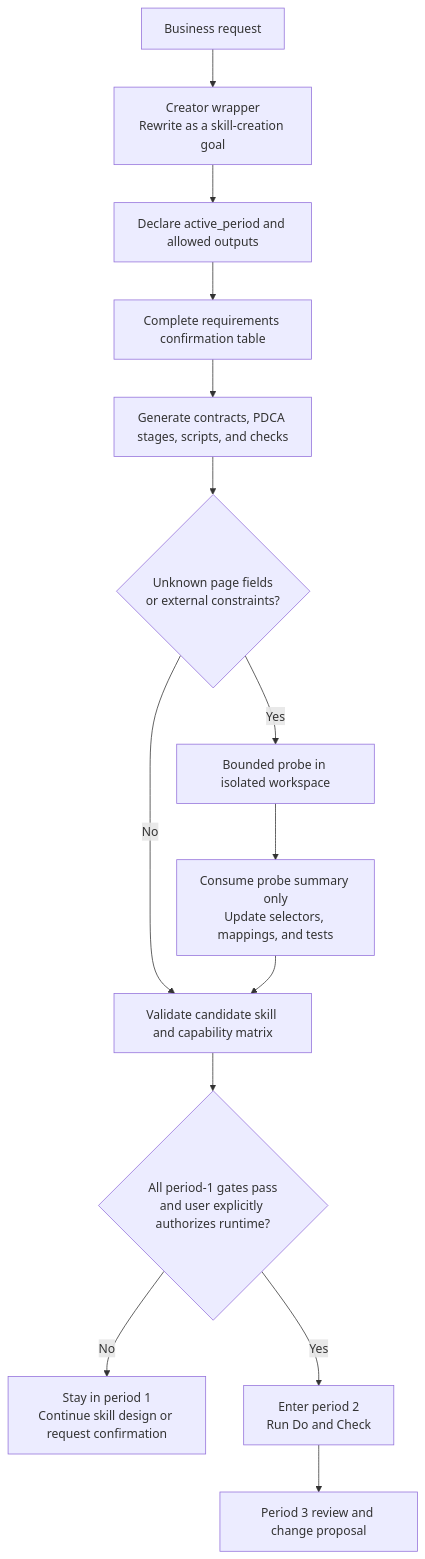
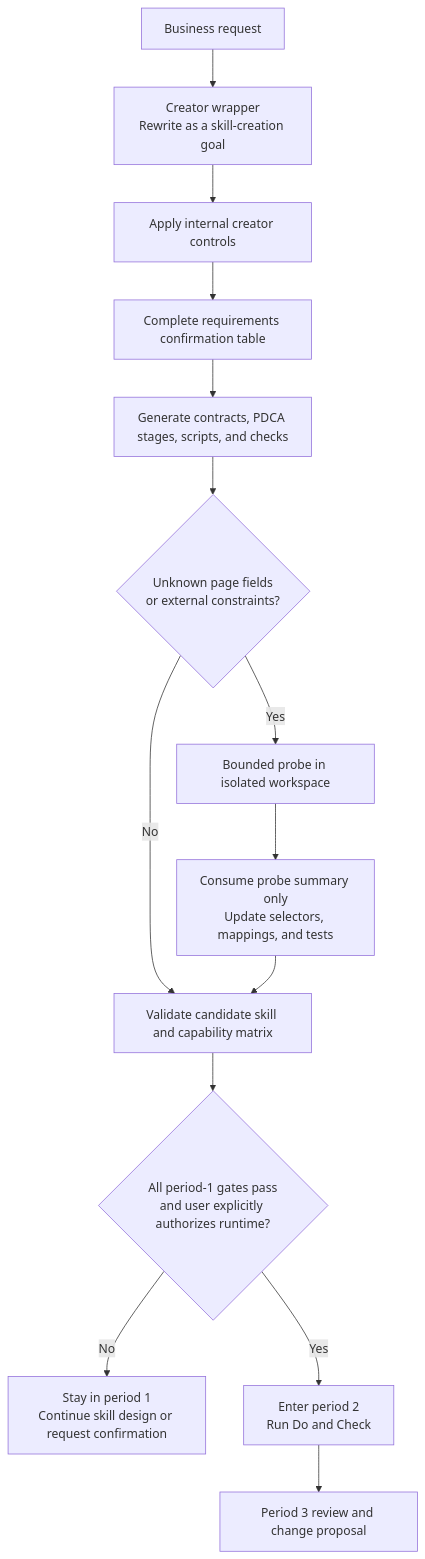
The second of 3 diagrams in README.md (ai-plan-go/plugins), drawn with Mermaid before and after one commit. The commit also changed other lines of this file and 3 other files, not shown here.

````diff
--- a/README.md
+++ b/README.md
@@ -107,16 +122,16 @@
 ```mermaid
 flowchart TD
     A["Business request"] --> B["Creator wrapper\nRewrite as a skill-creation goal"]
-    B --> C["Declare active_period and allowed outputs"]
+    B --> C["Apply internal creator controls"]
     C --> D["Complete requirements confirmation table"]
     D --> E["Generate contracts, PDCA stages, scripts, and checks"]
     E --> F{"Unknown page fields\nor external constraints?"}
     F -- "No" --> G["Validate candidate skill and capability matrix"]
     F -- "Yes" --> H["Bounded probe in isolated workspace"]
     H --> I["Consume probe summary only\nUpdate selectors, mappings, and tests"]
     I --> G
     G --> J{"All period-1 gates pass\nand user explicitly authorizes runtime?"}
     J -- "No" --> K["Stay in period 1\nContinue skill design or request confirmation"]
     J -- "Yes" --> L["Enter period 2\nRun Do and Check"]
     L --> M["Period 3 review and change proposal"]
 ```
````
